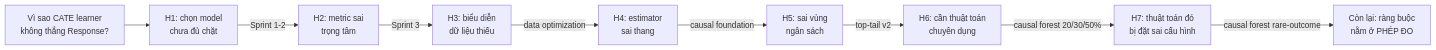
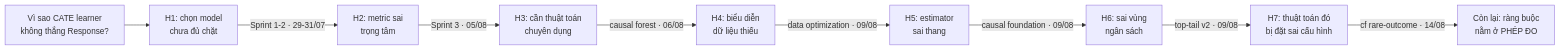
The third of 7 diagrams in docs/END_TO_END_WORKFLOW.md (ThanhDatVN/Causal-Uplift-for-Activation-and-Retention), drawn with Mermaid before and after one commit. The commit also changed other lines of this file and 10 other files, not shown here.

````diff
--- a/docs/END_TO_END_WORKFLOW.md
+++ b/docs/END_TO_END_WORKFLOW.md
@@ -222,20 +252,20 @@
 ```mermaid
 flowchart LR
     H0["Vì sao CATE learner<br/>không thắng Response?"]
     H1["H1: chọn model<br/>chưa đủ chặt"]
     H2["H2: metric sai<br/>trọng tâm"]
-    H3["H3: biểu diễn<br/>dữ liệu thiếu"]
-    H4["H4: estimator<br/>sai thang"]
-    H5["H5: sai vùng<br/>ngân sách"]
-    H6["H6: cần thuật toán<br/>chuyên dụng"]
+    H3["H3: cần thuật toán<br/>chuyên dụng"]
+    H4["H4: biểu diễn<br/>dữ liệu thiếu"]
+    H5["H5: estimator<br/>sai thang"]
+    H6["H6: sai vùng<br/>ngân sách"]
     H7["H7: thuật toán đó<br/>bị đặt sai cấu hình"]
     R["Còn lại: ràng buộc<br/>nằm ở PHÉP ĐO"]
 
-    H0 --> H1 -->|"Sprint 1-2"| H2
-    H2 -->|"Sprint 3"| H3
-    H3 -->|"data optimization"| H4
-    H4 -->|"causal foundation"| H5
-    H5 -->|"top-tail v2"| H6
-    H6 -->|"causal forest 20/30/50%"| H7
-    H7 -->|"causal forest rare-outcome"| R
+    H0 --> H1 -->|"Sprint 1-2 · 29-31/07"| H2
+    H2 -->|"Sprint 3 · 05/08"| H3
+    H3 -->|"causal forest · 06/08"| H4
+    H4 -->|"data optimization · 09/08"| H5
+    H5 -->|"causal foundation · 09/08"| H6
+    H6 -->|"top-tail v2 · 09/08"| H7
+    H7 -->|"cf rare-outcome · 14/08"| R
 ```
````
